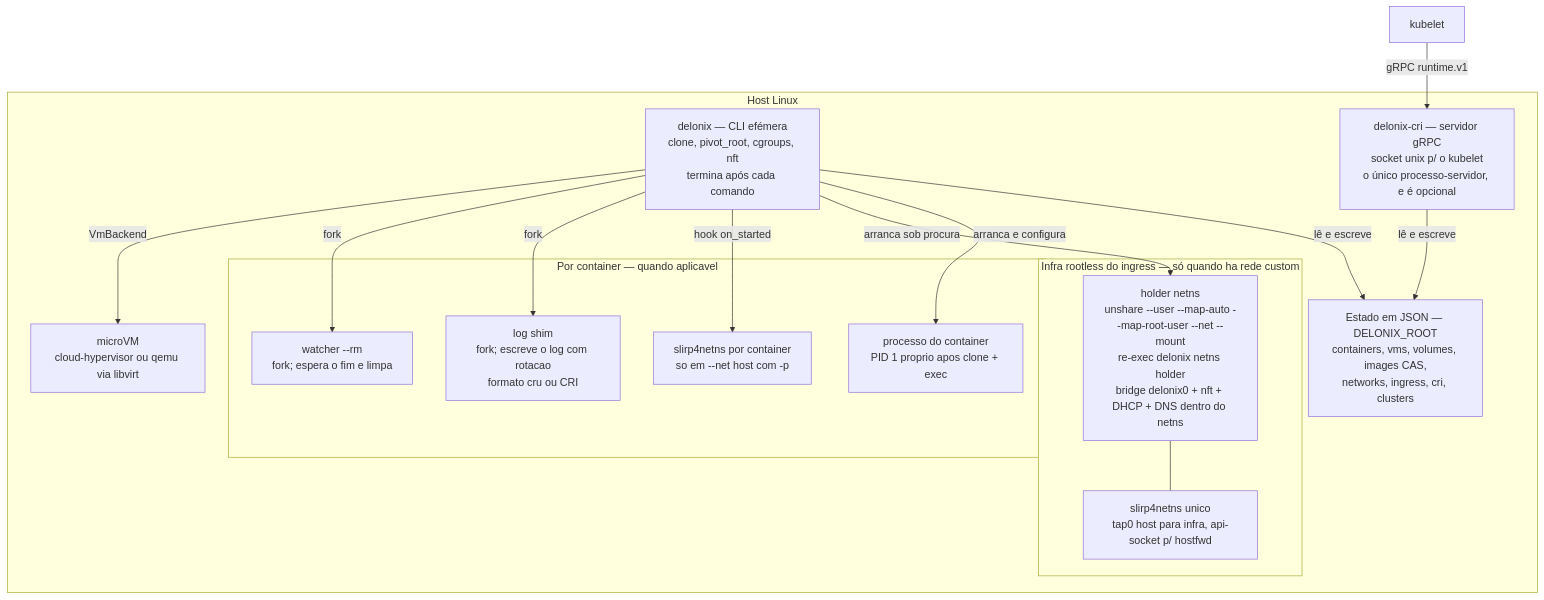
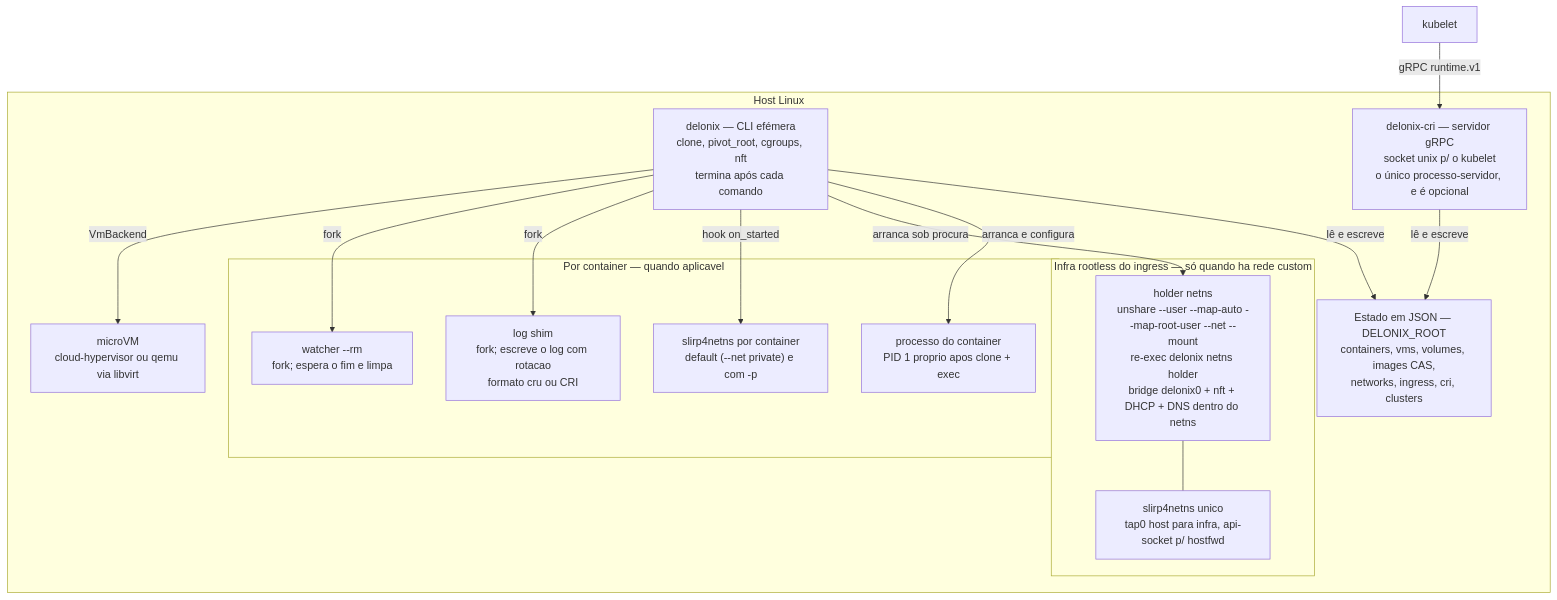
Before and after one commit to ngolacloud/delonix: the second of 7 diagrams in ARCHITECTURE.md, drawn with Mermaid. The commit also changed other lines of this file and 6 other files, not shown here.

````diff
--- a/ARCHITECTURE.md
+++ b/ARCHITECTURE.md
@@ -67,35 +67,35 @@
 ```mermaid
 graph TB
     subgraph HOST["Host Linux"]
         CLI["delonix — CLI efémera<br>clone, pivot_root, cgroups, nft<br>termina após cada comando"]
         CRIBIN["delonix-cri — servidor gRPC<br>socket unix p/ o kubelet<br>o único processo-servidor, e é opcional"]
         STATE["Estado em JSON — DELONIX_ROOT<br>containers, vms, volumes, images CAS,<br>networks, ingress, cri, clusters"]
 
         subgraph INFRA["Infra rootless do ingress — só quando ha rede custom"]
             HOLDER["holder netns<br>unshare --user --map-auto --map-root-user --net --mount<br>re-exec delonix netns holder<br>bridge delonix0 + nft + DHCP + DNS dentro do netns"]
             SLIRP1["slirp4netns unico<br>tap0 host para infra, api-socket p/ hostfwd"]
         end
 
         subgraph PERCONT["Por container — quando aplicavel"]
             CONT["processo do container<br>PID 1 proprio apos clone + exec"]
-            SLIRPN["slirp4netns por container<br>so em --net host com -p"]
+            SLIRPN["slirp4netns por container<br>default (--net private) e com -p"]
             SHIM["log shim<br>fork; escreve o log com rotacao<br>formato cru ou CRI"]
             WATCH["watcher --rm<br>fork; espera o fim e limpa"]
         end
 
         VM["microVM<br>cloud-hypervisor ou qemu via libvirt"]
     end
 
     KUBELET2["kubelet"]
 
     CLI -- "lê e escreve" --> STATE
     CRIBIN -- "lê e escreve" --> STATE
     KUBELET2 -- "gRPC runtime.v1" --> CRIBIN
     CLI -- "arranca e configura" --> CONT
     CLI -- "arranca sob procura" --> HOLDER
     HOLDER --- SLIRP1
     CLI -- "hook on_started" --> SLIRPN
     CLI -- "fork" --> SHIM
     CLI -- "fork" --> WATCH
     CLI -- "VmBackend" --> VM
 ```
````
